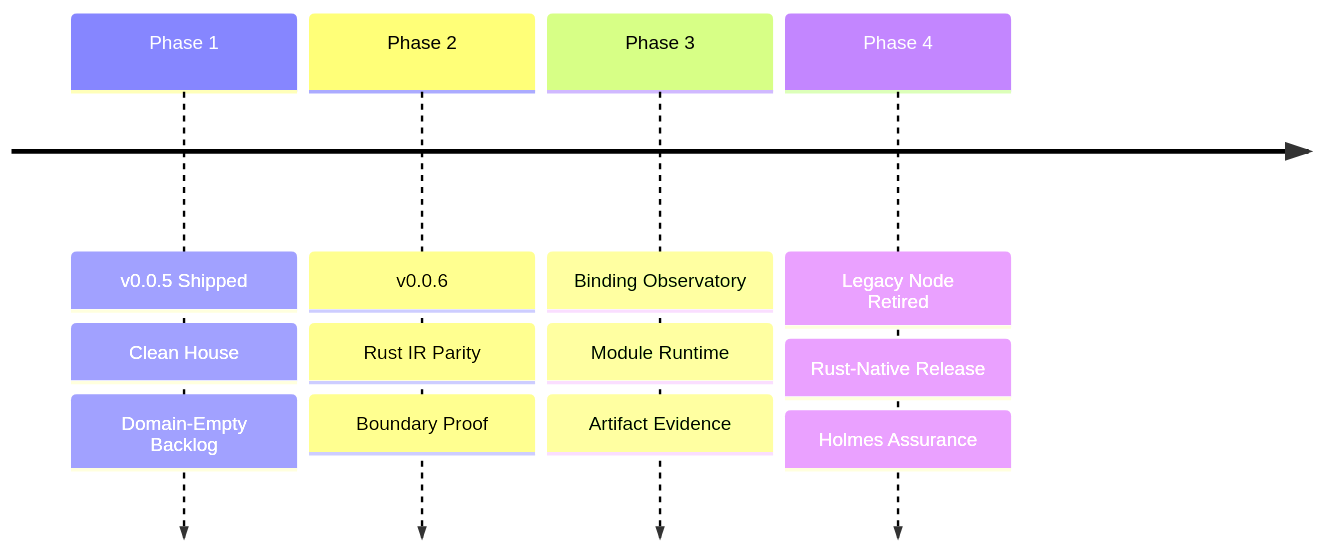
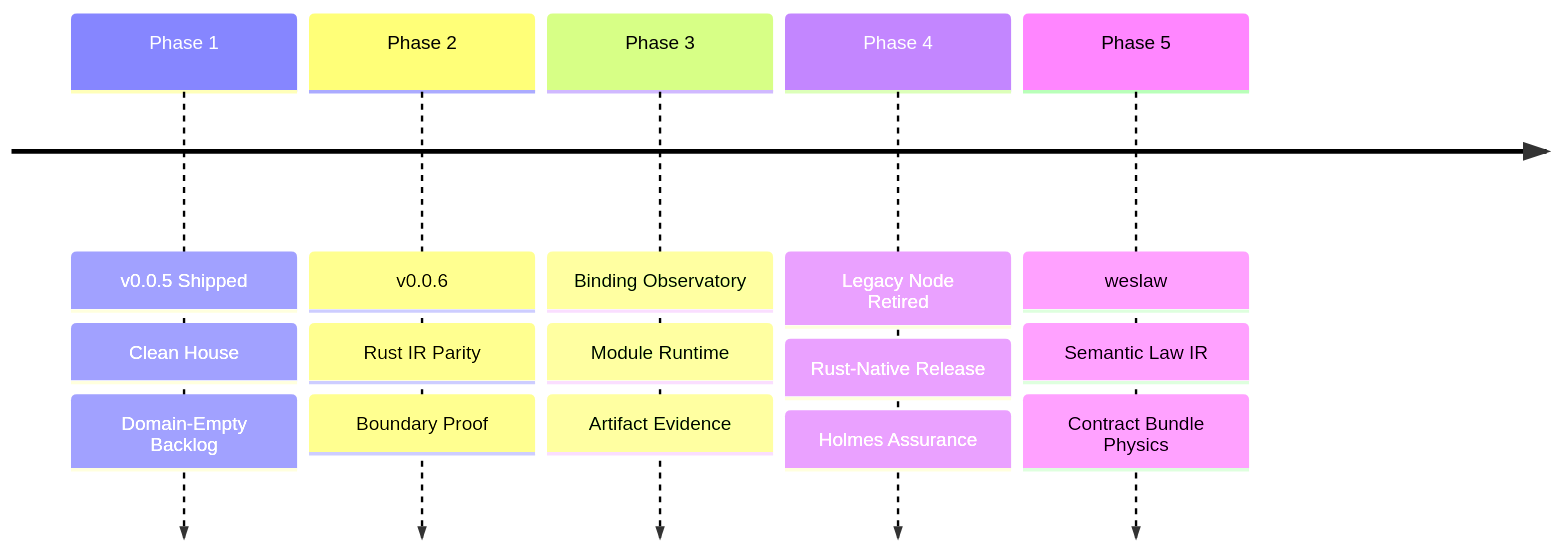
One commit to flyingrobots/wesley changed the diagram in docs/BEARING.md. Above: the diagram before and after it, drawn with Mermaid. The commit also changed other lines of this file and 5 other files, not shown here.

Commit message:
docs(design): add weslaw semantic law IR packet

````diff
--- a/docs/BEARING.md
+++ b/docs/BEARING.md
@@ -8,7 +8,8 @@
 ```mermaid
 timeline
     Phase 1 : v0.0.5 Shipped : Clean House : Domain-Empty Backlog
     Phase 2 : v0.0.6 : Rust IR Parity : Boundary Proof
     Phase 3 : Binding Observatory : Module Runtime : Artifact Evidence
     Phase 4 : Legacy Node Retired : Rust-Native Release : Holmes Assurance
+    Phase 5 : weslaw : Semantic Law IR : Contract Bundle Physics
 ```
````
